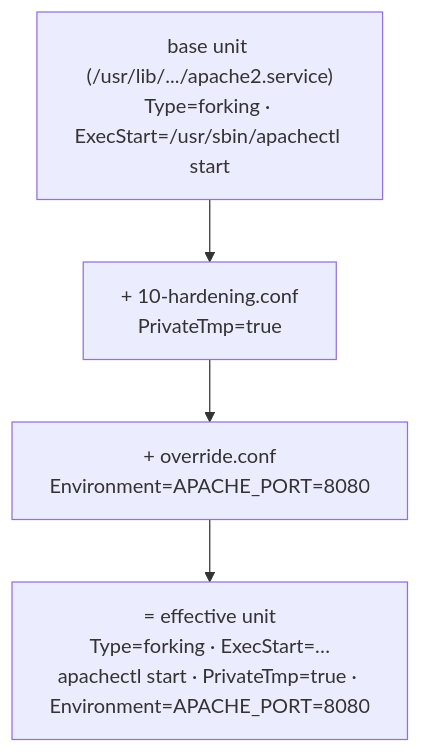
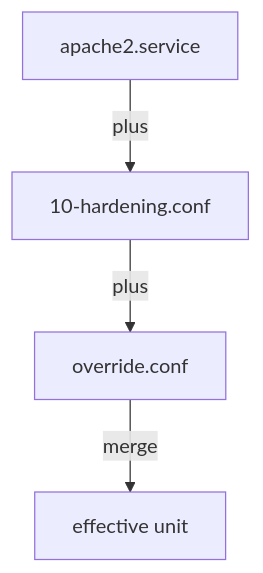
One commit to astrona-io/ATS002 changed the diagram in sections/section-010/module-06/course-02-the-effective-unit-definition.md. Above: the diagram before and after it, drawn with Mermaid. The commit also changed other lines of this file and 615 other files, not shown here.

````diff
--- a/sections/section-010/module-06/course-02-the-effective-unit-definition.md
+++ b/sections/section-010/module-06/course-02-the-effective-unit-definition.md
@@ -37,6 +45,6 @@
 ```mermaid
-flowchart TD
-    B["base unit (/usr/lib/.../apache2.service)<br/>Type=forking · ExecStart=/usr/sbin/apachectl start"] --> D1["+ 10-hardening.conf<br/>PrivateTmp=true"]
-    D1 --> D2["+ override.conf<br/>Environment=APACHE_PORT=8080"]
-    D2 --> EFF["= effective unit<br/>Type=forking · ExecStart=…apachectl start · PrivateTmp=true · Environment=APACHE_PORT=8080"]
+flowchart TB
+    B["apache2.service"] -->|"plus"| D1["10-hardening.conf"]
+    D1 -->|"plus"| D2["override.conf"]
+    D2 -->|"merge"| E["effective unit"]
 ```
````
